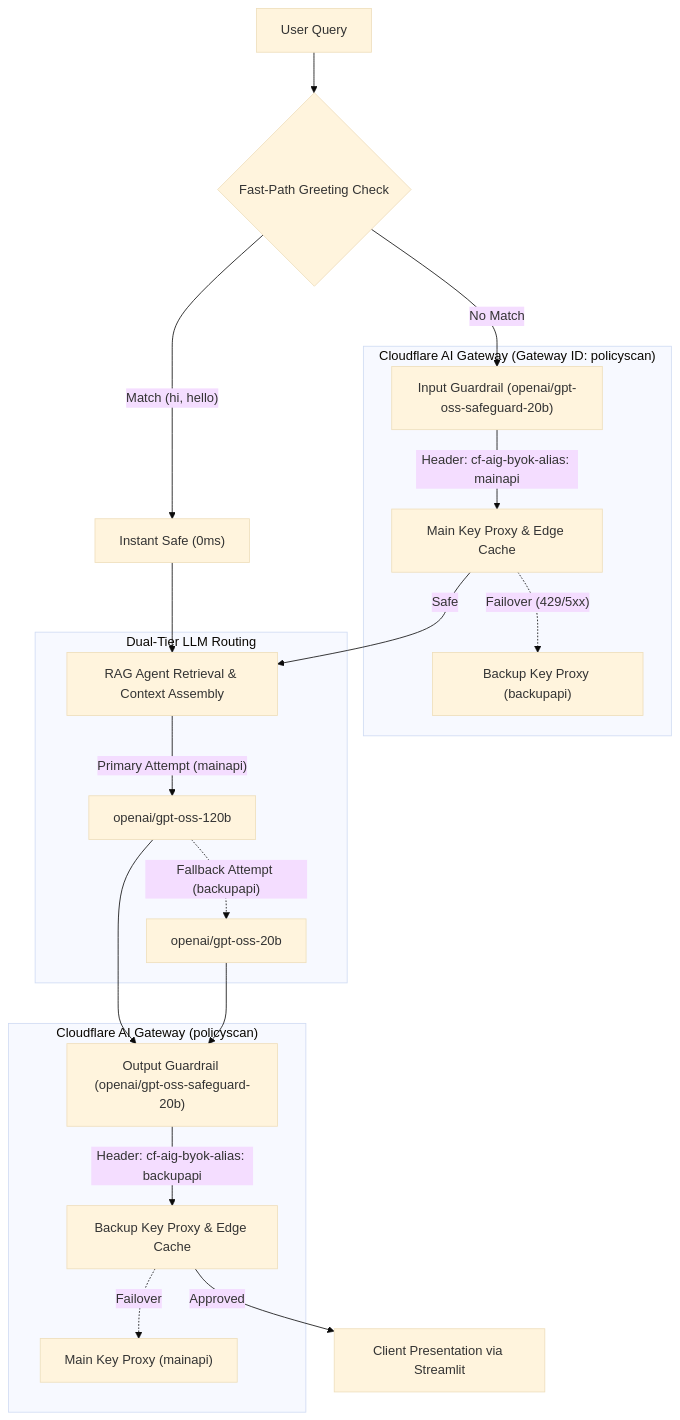
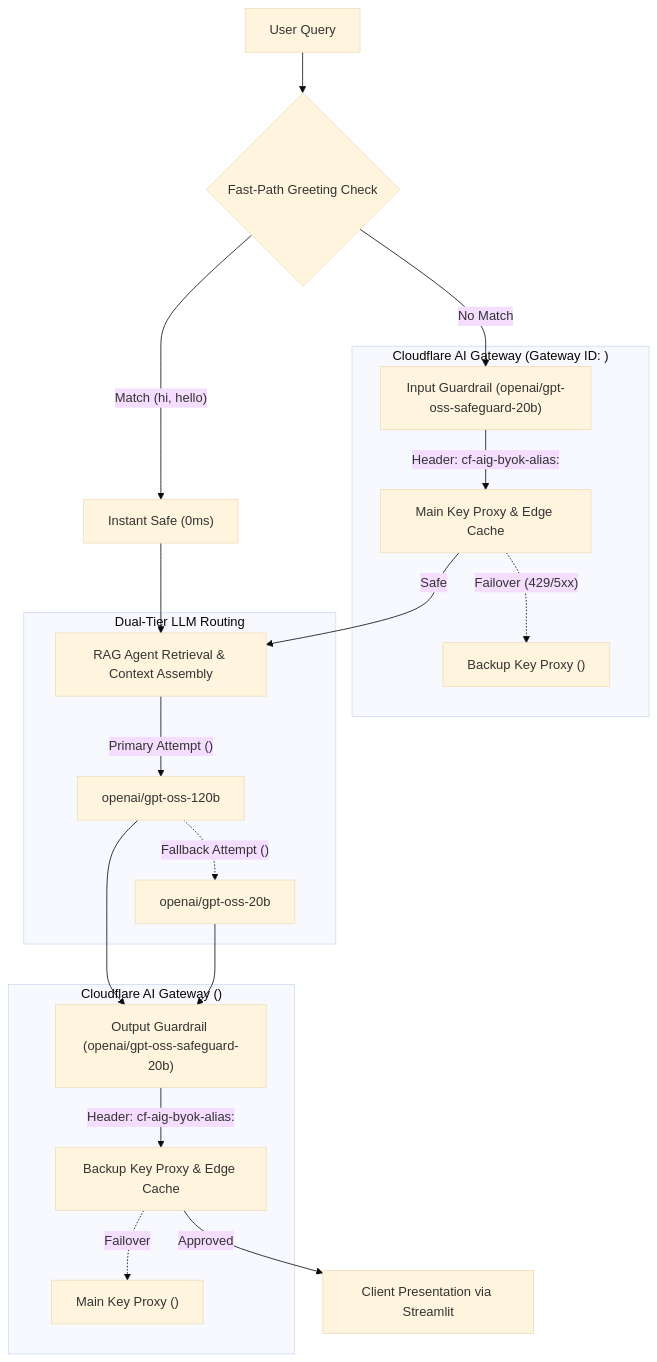
The first of 2 diagrams in docs/04 LLM Gateways.md (vaghela-meetraj/PolicyScan), drawn with Mermaid (base theme) before and after one commit. The commit also changed other lines of this file and 6 other files, not shown here.

````diff
--- a/docs/04 LLM Gateways.md
+++ b/docs/04 LLM Gateways.md
@@ -19,29 +19,29 @@
 ```mermaid
 flowchart TD
     User["User Query"] --> FP{"Fast-Path Greeting Check"}
     FP -->|"Match (hi, hello)"| Pass["Instant Safe (0ms)"]
     FP -->|"No Match"| IG["Input Guardrail (openai/gpt-oss-safeguard-20b)"]
 
-    subgraph CF ["Cloudflare AI Gateway (Gateway ID: policyscan)"]
-        IG -->|"Header: cf-aig-byok-alias: mainapi"| CF_Main["Main Key Proxy & Edge Cache"]
-        CF_Main -.->|"Failover (429/5xx)"| CF_Backup["Backup Key Proxy (backupapi)"]
+    subgraph CF ["Cloudflare AI Gateway (Gateway ID: <gateway-id>)"]
+        IG -->|"Header: cf-aig-byok-alias: <primary-alias>"| CF_Main["Main Key Proxy & Edge Cache"]
+        CF_Main -.->|"Failover (429/5xx)"| CF_Backup["Backup Key Proxy (<backup-alias>)"]
     end
 
     Pass --> RAG["RAG Agent Retrieval & Context Assembly"]
     CF_Main -->|"Safe"| RAG
 
     subgraph LLM_Routing ["Dual-Tier LLM Routing"]
-        RAG -->|"Primary Attempt (mainapi)"| LLM_120B["openai/gpt-oss-120b"]
-        LLM_120B -.->|"Fallback Attempt (backupapi)"| LLM_20B["openai/gpt-oss-20b"]
+        RAG -->|"Primary Attempt (<primary-alias>)"| LLM_120B["openai/gpt-oss-120b"]
+        LLM_120B -.->|"Fallback Attempt (<backup-alias>)"| LLM_20B["openai/gpt-oss-20b"]
     end
 
     LLM_120B --> OG["Output Guardrail (openai/gpt-oss-safeguard-20b)"]
     LLM_20B --> OG
 
-    subgraph CF_OG ["Cloudflare AI Gateway (policyscan)"]
-        OG -->|"Header: cf-aig-byok-alias: backupapi"| CF_Backup_OG["Backup Key Proxy & Edge Cache"]
-        CF_Backup_OG -.->|"Failover"| CF_Main_OG["Main Key Proxy (mainapi)"]
+    subgraph CF_OG ["Cloudflare AI Gateway (<gateway-id>)"]
+        OG -->|"Header: cf-aig-byok-alias: <backup-alias>"| CF_Backup_OG["Backup Key Proxy & Edge Cache"]
+        CF_Backup_OG -.->|"Failover"| CF_Main_OG["Main Key Proxy (<primary-alias>)"]
     end
 
     CF_Backup_OG -->|"Approved"| Display["Client Presentation via Streamlit"]
 ```
````
